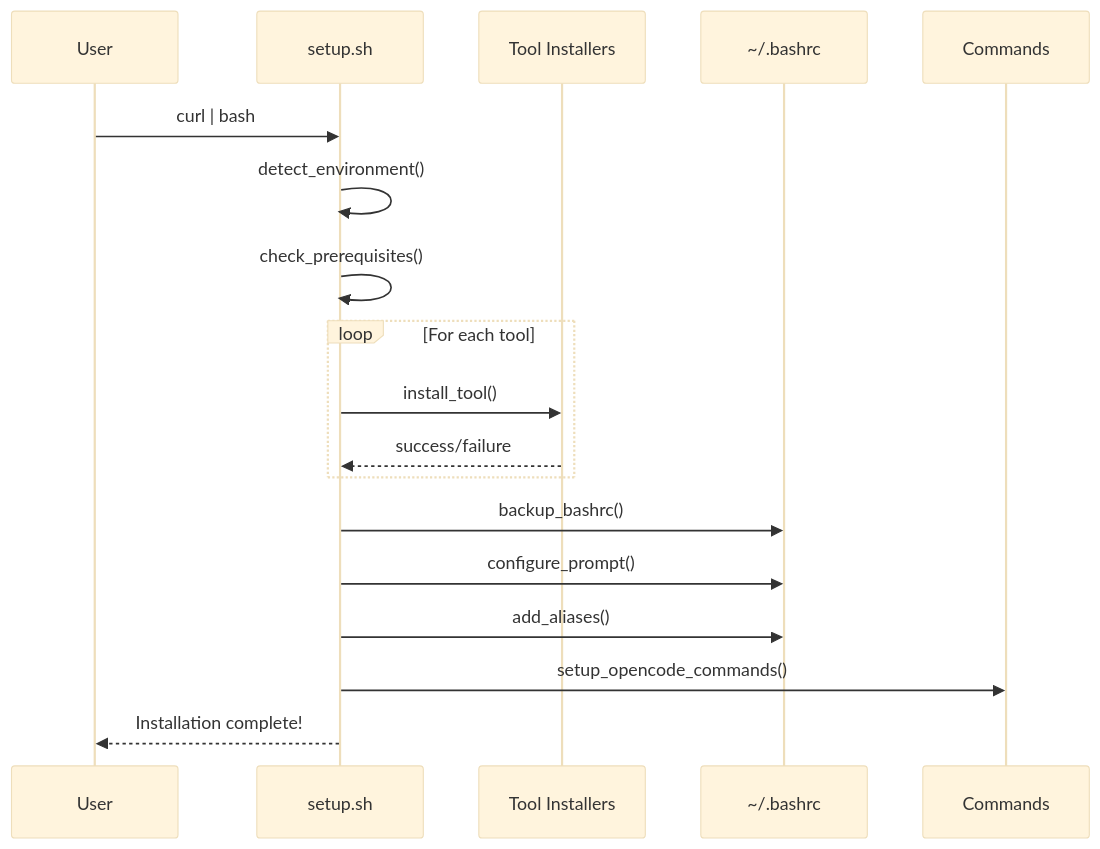
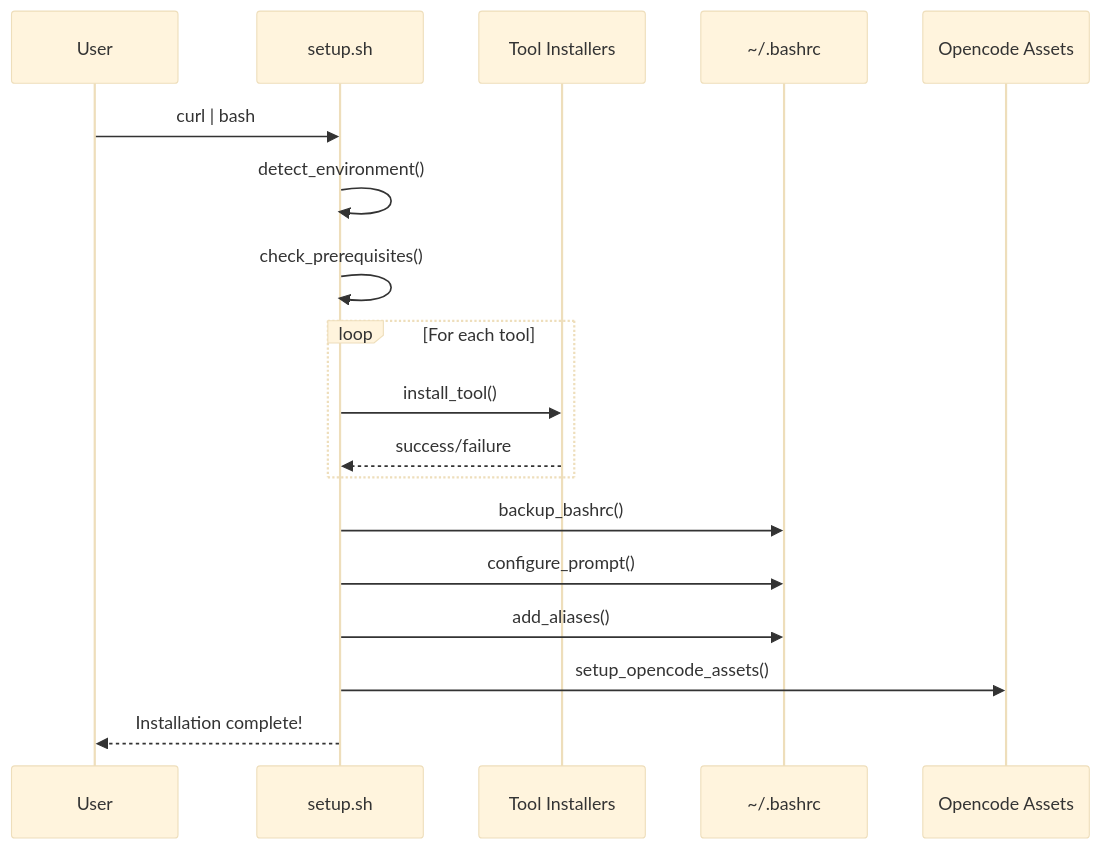
The second of 2 diagrams in docs/ai/design/feature-remote-shell-setup.md (eugene-burachevskiy/remote-shell-setup), drawn with Mermaid (base theme) before and after one commit. The commit also changed other lines of this file and 85 other files, not shown here.

````diff
--- a/docs/ai/design/feature-remote-shell-setup.md
+++ b/docs/ai/design/feature-remote-shell-setup.md
@@ -572,25 +578,25 @@
 ```mermaid
 sequenceDiagram
     participant U as User
     participant S as setup.sh
     participant T as Tool Installers
     participant B as ~/.bashrc
-    participant C as Commands
+    participant C as Opencode Assets
 
     U->>S: curl | bash
     S->>S: detect_environment()
     S->>S: check_prerequisites()
     
     loop For each tool
         S->>T: install_tool()
         T-->>S: success/failure
     end
     
     S->>B: backup_bashrc()
     S->>B: configure_prompt()
     S->>B: add_aliases()
     
-    S->>C: setup_opencode_commands()
+    S->>C: setup_opencode_assets()
     
     S-->>U: Installation complete!
 ```
````
